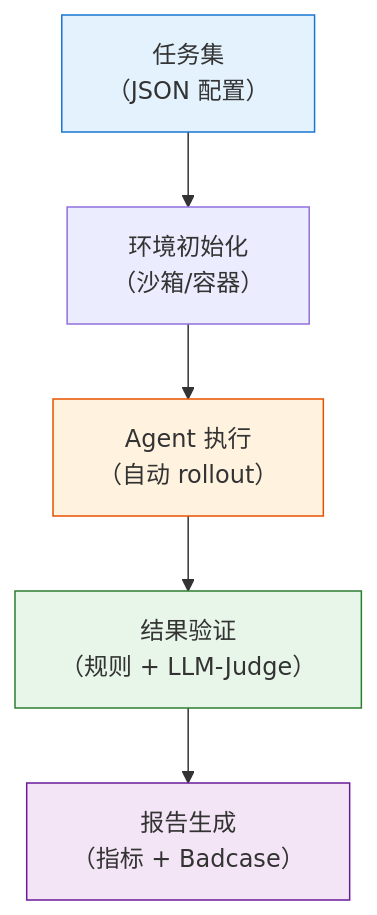
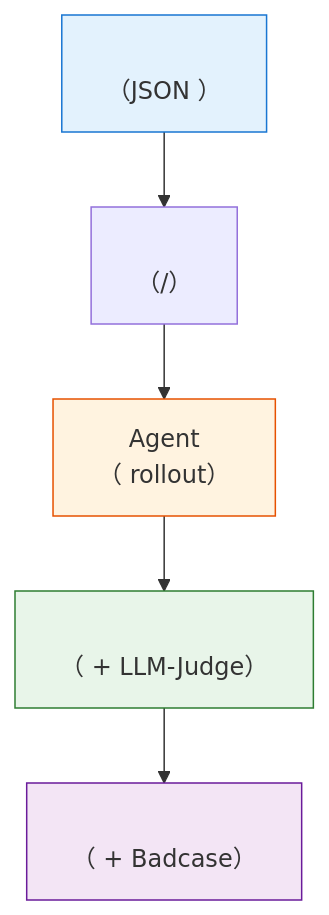
One commit to letslego/hands-on-modern-rl changed the diagram in docs/chapter10_agentic_rl/industrial-evaluation.md. Above: the diagram before and after it, drawn with Mermaid. The commit also changed other lines of this file and 267 other files, not shown here.

````diff
--- a/docs/chapter10_agentic_rl/industrial-evaluation.md
+++ b/docs/chapter10_agentic_rl/industrial-evaluation.md
@@ -1034,12 +1034,12 @@
 ```mermaid
 flowchart TD
-    T["任务集\n（JSON 配置）"] --> E["环境初始化\n（沙箱/容器）"]
-    E --> A["Agent 执行\n（自动 rollout）"]
-    A --> V["结果验证\n（规则 + LLM-Judge）"]
-    V --> R["报告生成\n（指标 + Badcase）"]
+    T["\n（JSON ）"] --> E["\n（/）"]
+    E --> A["Agent \n（ rollout）"]
+    A --> V["\n（ + LLM-Judge）"]
+    V --> R["\n（ + Badcase）"]
 
     style T fill:#e3f2fd,stroke:#1976d2
     style A fill:#fff3e0,stroke:#e65100
     style V fill:#e8f5e9,stroke:#2e7d32
     style R fill:#f3e5f5,stroke:#6a1b9a
 ```
````
